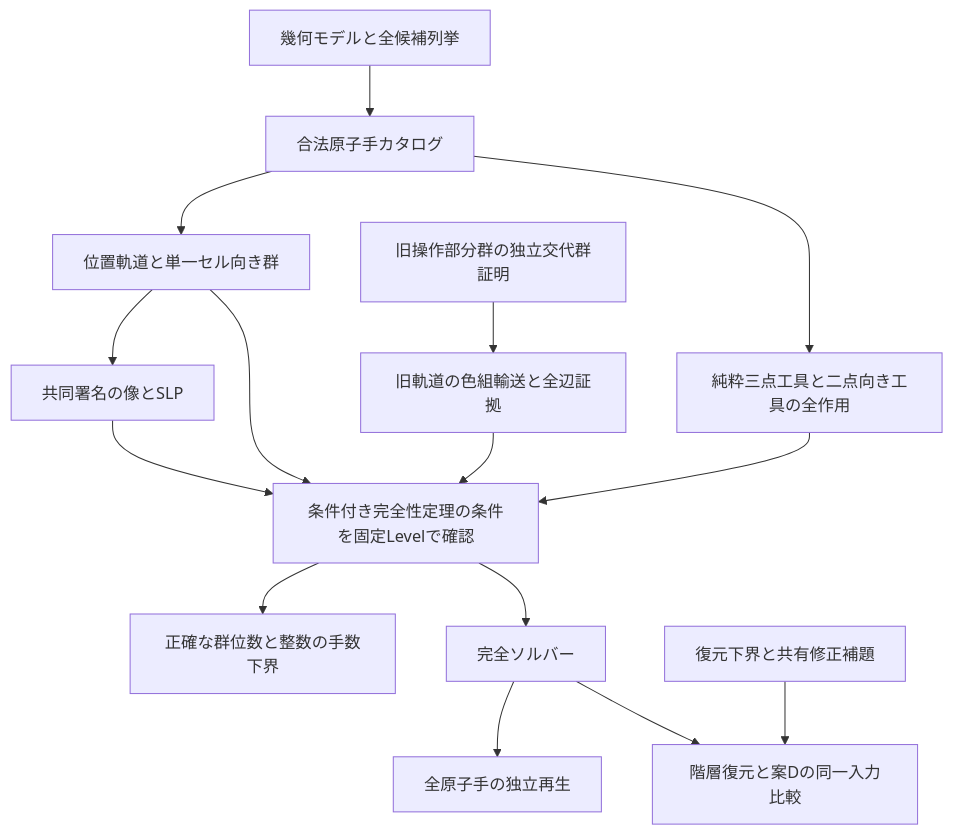
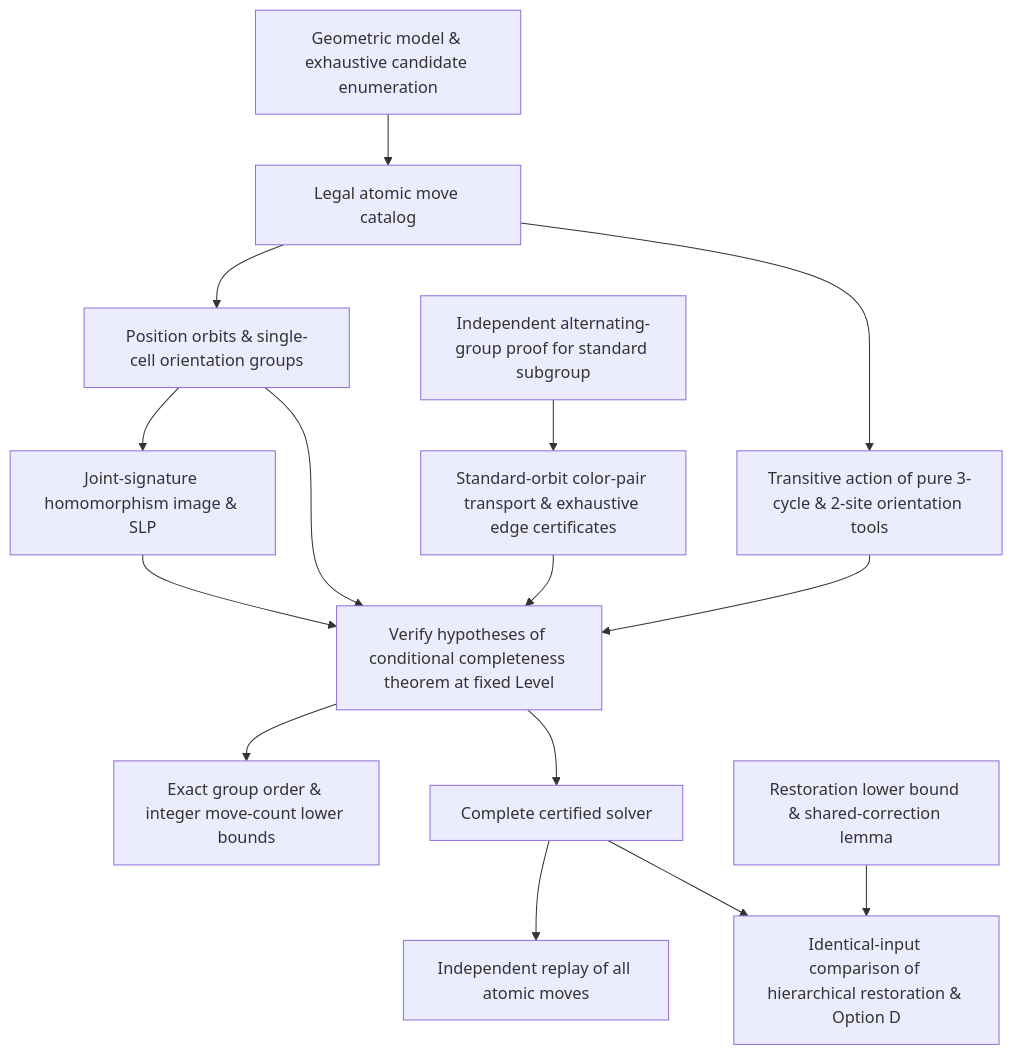
One commit to jbjgjf/Menger-twist-Cube changed the diagram in docs/research/inner-square-study.md. Above: the diagram before and after it, drawn with Mermaid. The commit also changed other lines of this file and 28 other files, not shown here.

````diff
--- a/docs/research/inner-square-study.md
+++ b/docs/research/inner-square-study.md
@@ -121,17 +117,17 @@
 ```mermaid
 flowchart TD
-  G[幾何モデルと全候補列挙] --> A[合法原子手カタログ]
-  A --> O[位置軌道と単一セル向き群]
-  O --> V[共同署名の像とSLP]
-  A --> T[純粋三点工具と二点向き工具の全作用]
-  T --> C[条件付き完全性定理の条件を固定Levelで確認]
+  G["Geometric model & exhaustive candidate enumeration"] --> A["Legal atomic move catalog"]
+  A --> O["Position orbits & single-cell orientation groups"]
+  O --> V["Joint-signature homomorphism image & SLP"]
+  A --> T["Transitive action of pure 3-cycle & 2-site orientation tools"]
+  T --> C["Verify hypotheses of conditional completeness theorem at fixed Level"]
   V --> C
   O --> C
-  P[旧操作部分群の独立交代群証明] --> Q[旧軌道の色組輸送と全辺証拠]
+  P["Independent alternating-group proof for standard subgroup"] --> Q["Standard-orbit color-pair transport & exhaustive edge certificates"]
   Q --> C
-  C --> N[正確な群位数と整数の手数下界]
-  C --> S[完全ソルバー]
-  S --> R[全原子手の独立再生]
-  H[復元下界と共有修正補題] --> E[階層復元と案Dの同一入力比較]
+  C --> N["Exact group order & integer move-count lower bounds"]
+  C --> S["Complete certified solver"]
+  S --> R["Independent replay of all atomic moves"]
+  H["Restoration lower bound & shared-correction lemma"] --> E["Identical-input comparison of hierarchical restoration & Option D"]
   S --> E
 ```
````
